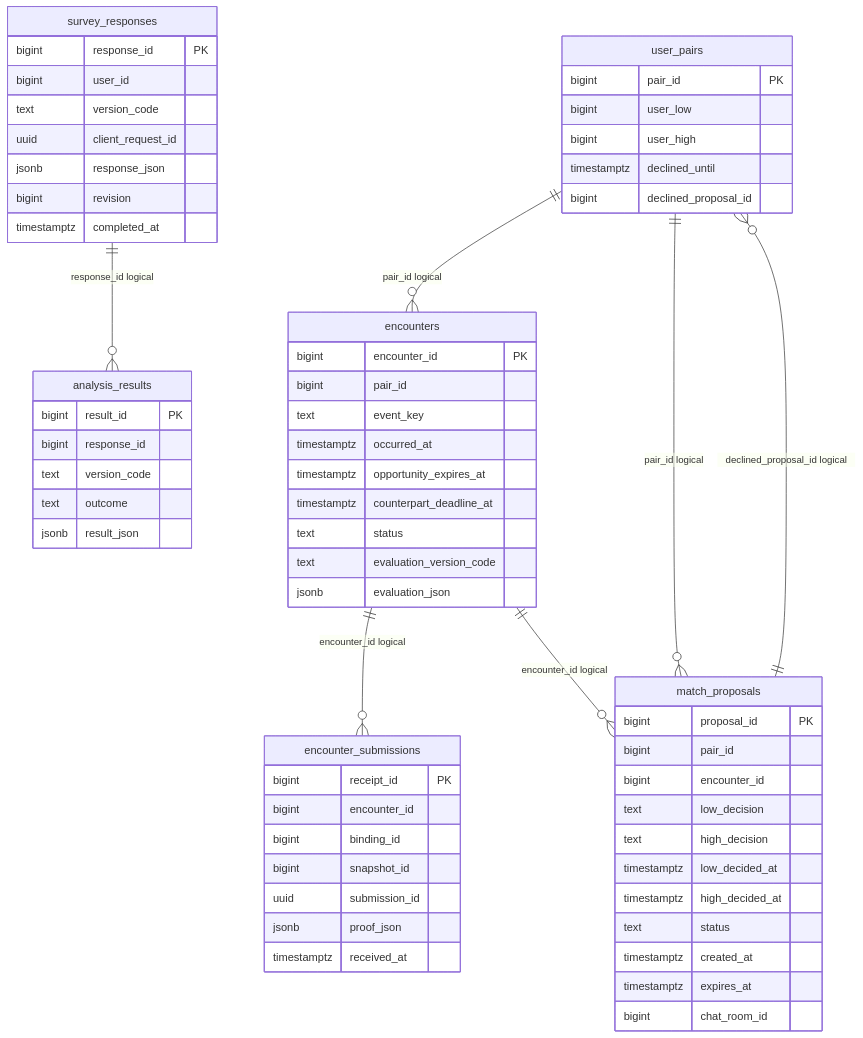
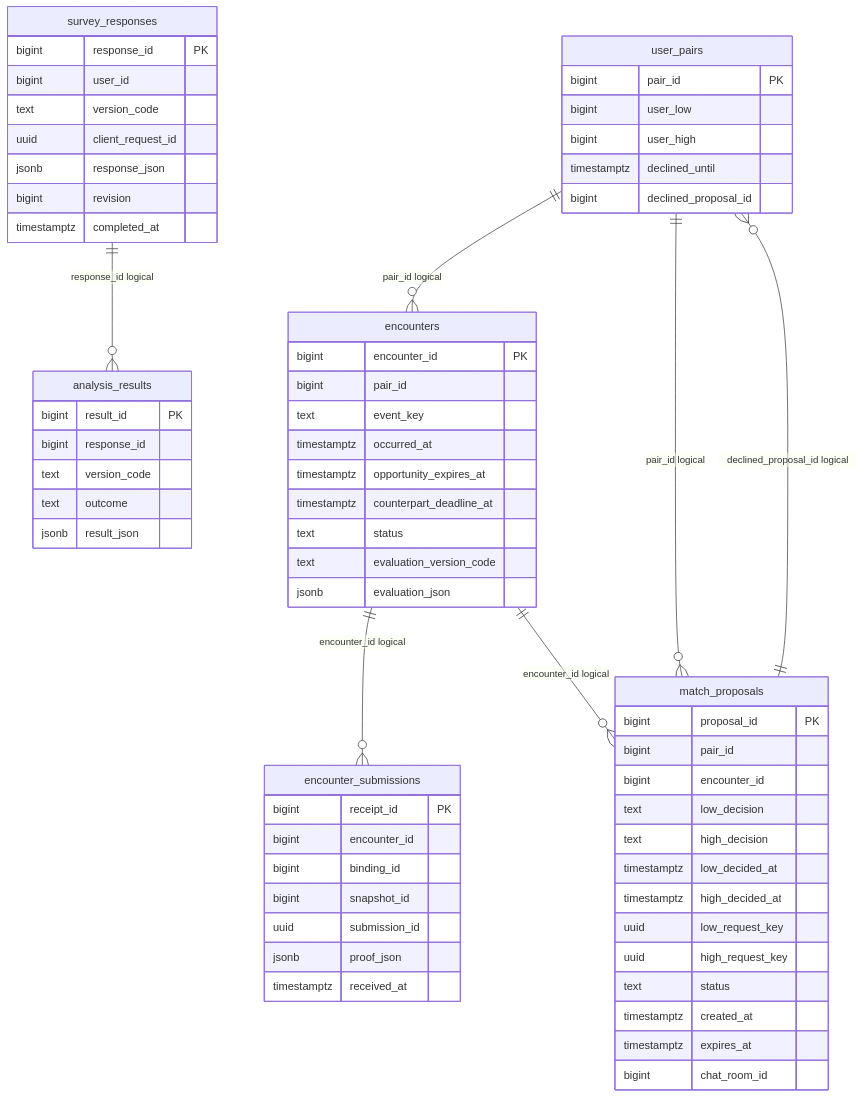
The diagram in docs/database/erd-3.mmd (j-moo/Tingle), drawn with Mermaid before and after one commit. The commit also changed 40 other files, not shown here.

```diff
--- a/docs/database/erd-3.mmd
+++ b/docs/database/erd-3.mmd
@@ -1,63 +1,65 @@
 erDiagram
     survey_responses {
         bigint response_id PK
         bigint user_id
         text version_code
         uuid client_request_id
         jsonb response_json
         bigint revision
         timestamptz completed_at
     }
     analysis_results {
         bigint result_id PK
         bigint response_id
         text version_code
         text outcome
         jsonb result_json
     }
     user_pairs {
         bigint pair_id PK
         bigint user_low
         bigint user_high
         timestamptz declined_until
         bigint declined_proposal_id
     }
     encounters {
         bigint encounter_id PK
         bigint pair_id
         text event_key
         timestamptz occurred_at
         timestamptz opportunity_expires_at
         timestamptz counterpart_deadline_at
         text status
         text evaluation_version_code
         jsonb evaluation_json
     }
     encounter_submissions {
         bigint receipt_id PK
         bigint encounter_id
         bigint binding_id
         bigint snapshot_id
         uuid submission_id
         jsonb proof_json
         timestamptz received_at
     }
     match_proposals {
         bigint proposal_id PK
         bigint pair_id
         bigint encounter_id
         text low_decision
         text high_decision
         timestamptz low_decided_at
         timestamptz high_decided_at
+        uuid low_request_key
+        uuid high_request_key
         text status
         timestamptz created_at
         timestamptz expires_at
         bigint chat_room_id
     }
     survey_responses ||--o{ analysis_results : "response_id logical"
     match_proposals ||--o{ user_pairs : "declined_proposal_id logical"
     user_pairs ||--o{ encounters : "pair_id logical"
     encounters ||--o{ encounter_submissions : "encounter_id logical"
     user_pairs ||--o{ match_proposals : "pair_id logical"
     encounters ||--o{ match_proposals : "encounter_id logical"
```
